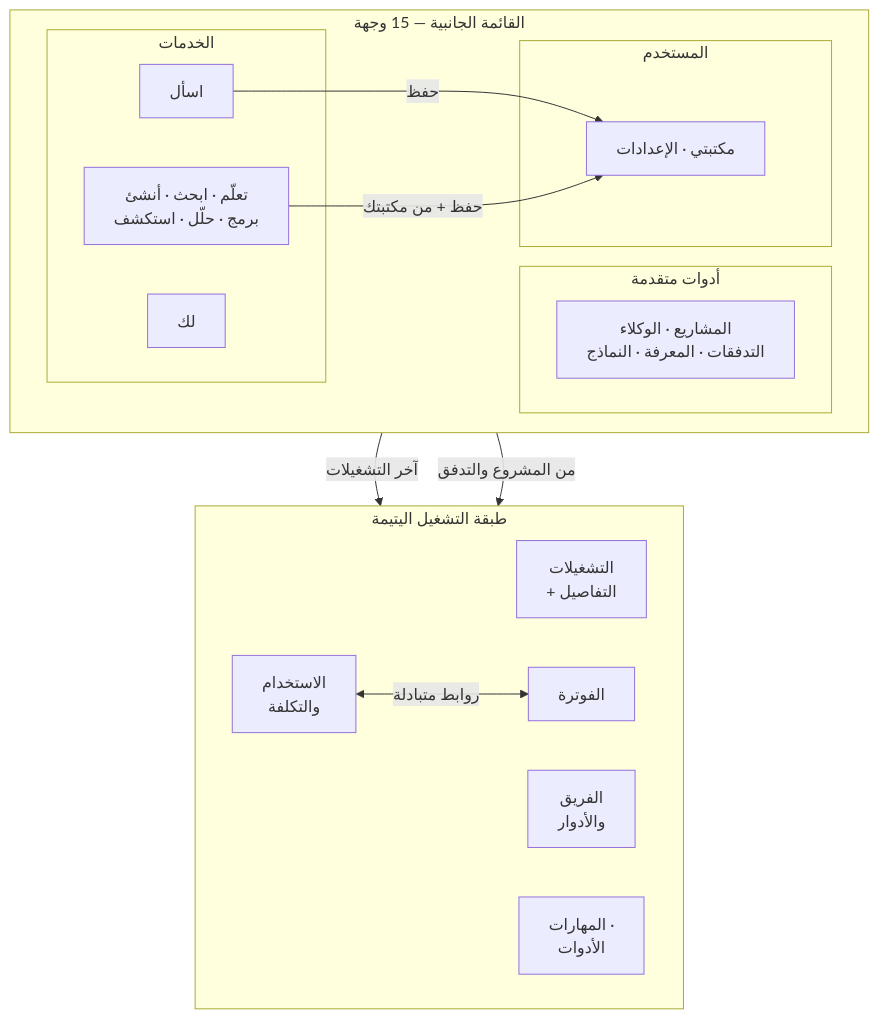
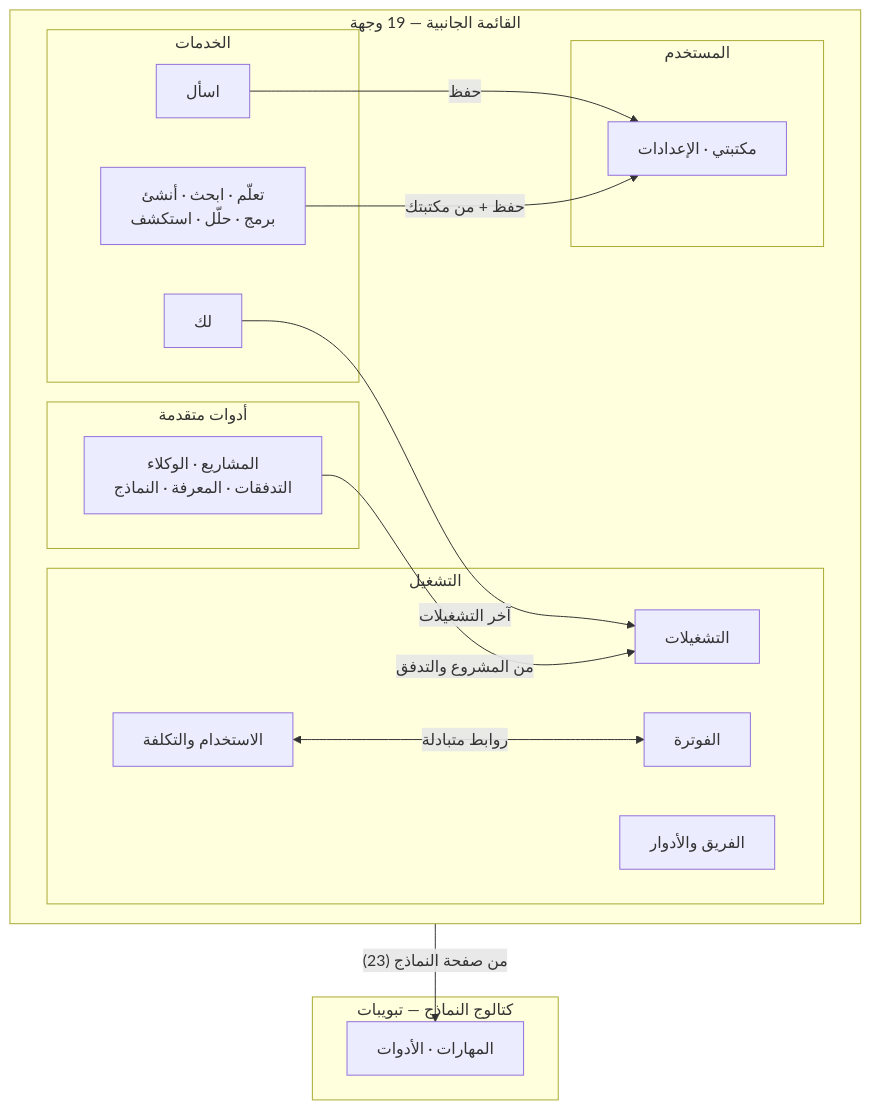
The second of 2 diagrams in docs/02-experience/information-architecture.md (zoih6/minsaj-ai-platform), drawn with Mermaid before and after one commit. The commit also changed other lines of this file and 6 other files, not shown here.

First line of the commit message:
fix(shell): KI-1 — مجموعة تنقل رابعة «التشغيل» تضم طبقة التشغيل اليتيمة

````diff
--- a/docs/02-experience/information-architecture.md
+++ b/docs/02-experience/information-architecture.md
@@ -91,30 +93,32 @@
 ```mermaid
 flowchart TB
-    subgraph NAV["القائمة الجانبية — 15 وجهة"]
+    subgraph NAV["القائمة الجانبية — 19 وجهة"]
         direction LR
         subgraph G1["الخدمات"]
             HOME["لك"]
             CHAT["اسأل"]
             SRV["تعلّم · ابحث · أنشئ<br>برمج · حلّل · استكشف"]
         end
         subgraph G2["أدوات متقدمة"]
             OPS["المشاريع · الوكلاء<br>التدفقات · المعرفة · النماذج"]
         end
+        subgraph G4["التشغيل"]
+            RUNS["التشغيلات"]
+            USAGE["الاستخدام والتكلفة"]
+            BILL["الفوترة"]
+            TEAM["الفريق والأدوار"]
+        end
         subgraph G3["المستخدم"]
             LIB["مكتبتي · الإعدادات"]
         end
     end
-    subgraph ORPHAN["طبقة التشغيل اليتيمة"]
-        direction LR
-        RUNS["التشغيلات<br>+ التفاصيل"]
-        USAGE["الاستخدام<br>والتكلفة"]
-        BILL["الفوترة"]
-        TEAM["الفريق<br>والأدوار"]
-        CAT["المهارات ·<br>الأدوات"]
+    subgraph CATALOG["كتالوج النماذج — تبويبات"]
+        SKT["المهارات · الأدوات"]
     end
     HOME -->|"آخر التشغيلات"| RUNS
     OPS -->|"من المشروع والتدفق"| RUNS
+    OPS -->|"من صفحة النماذج (23)"| SKT
     USAGE <-->|"روابط متبادلة"| BILL
     CHAT -->|"حفظ"| LIB
     SRV -->|"حفظ + من مكتبتك"| LIB
 ```
````
